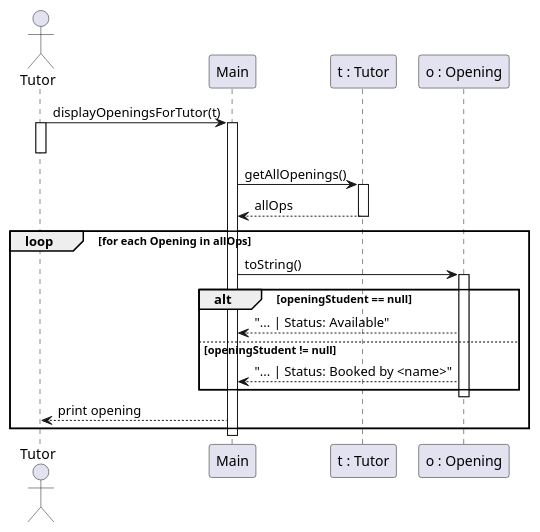
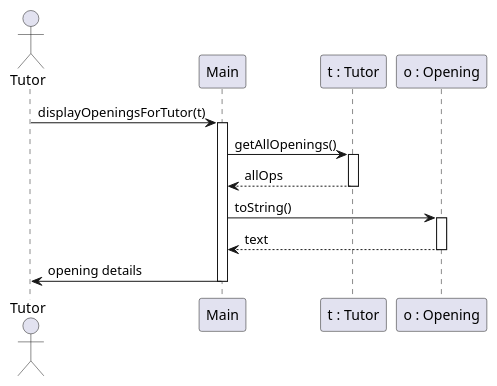
The diagram in docs/display-openings-tutor-sequence.puml (localhost433/OOPFinalProject), drawn with PlantUML before and after one commit. The commit also changed 10 other files, not shown here.

Commit message:
seq diagrams

```diff
--- a/docs/display-openings-tutor-sequence.puml
+++ b/docs/display-openings-tutor-sequence.puml
@@ -1,34 +1,27 @@
 @startuml display-openings-tutor-sequence
 ' Sequence diagram — Display openings for tutor (Main.displayOpeningsForTutor)
 
 actor Tutor as tutor
 
 participant "Main" as main
 participant "t : Tutor" as tObj
 participant "o : Opening" as open
 
 tutor -> main : displayOpeningsForTutor(t)
-activate tutor
 activate main
-deactivate tutor
 
 main -> tObj : getAllOpenings()
 activate tObj
 tObj --> main : allOps
 deactivate tObj
 
-loop for each Opening in allOps
-    main -> open : toString()
-    activate open
-    alt openingStudent == null
-        open --> main : "... | Status: Available"
-    else openingStudent != null
-        open --> main : "... | Status: Booked by <name>"
-    end
-    deactivate open
-    main --> tutor : print opening
-end
+main -> open : toString()
+activate open
+open --> main : text
+deactivate open
+
+main -> tutor : opening details
 
 deactivate main
 
 @enduml
```
